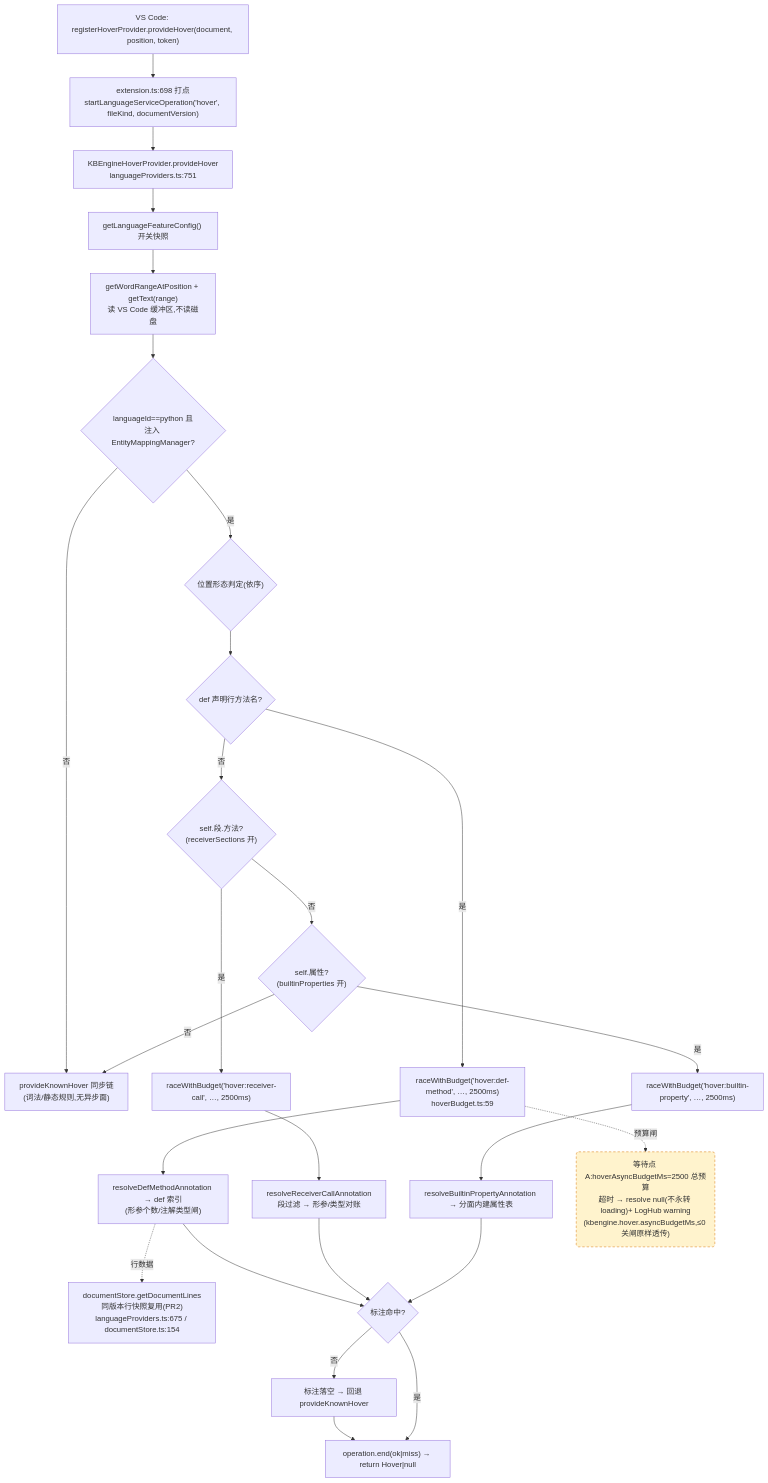
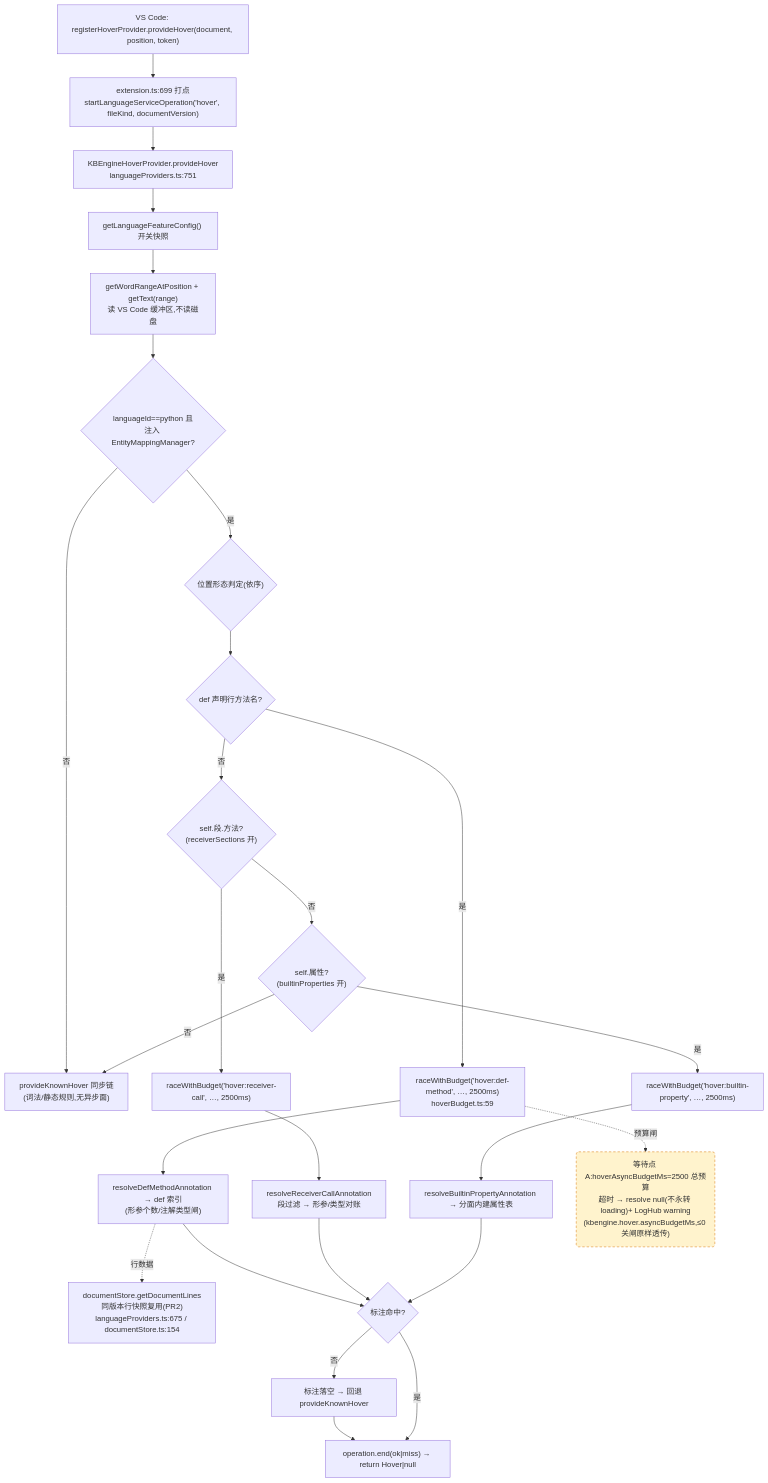
One commit to cuihairu/kode changed the first of 4 diagrams in docs/perf/2026-baseline.md. Above: the diagram before and after it, drawn with Mermaid. The commit also changed other lines of this file and 13 other files, not shown here.

Commit message:
feat: add schema impact preview command

````diff
--- a/docs/perf/2026-baseline.md
+++ b/docs/perf/2026-baseline.md
@@ -82,45 +82,45 @@
 ```mermaid
 flowchart TD
   VC1["VS Code: registerHoverProvider.provideHover(document, position, token)"]
-  M1["extension.ts:698 打点<br/>startLanguageServiceOperation('hover', fileKind, documentVersion)"]
+  M1["extension.ts:699 打点<br/>startLanguageServiceOperation('hover', fileKind, documentVersion)"]
   HP["KBEngineHoverProvider.provideHover<br/>languageProviders.ts:751"]
   CFG["getLanguageFeatureConfig() 开关快照"]
   WORD["getWordRangeAtPosition + getText(range)<br/>读 VS Code 缓冲区,不读磁盘"]
   BR{"languageId==python 且<br/>注入 EntityMappingManager?"}
   KN["provideKnownHover 同步链<br/>(词法/静态规则,无异步面)"]
   POS{"位置形态判定(依序)"}
   D1{"def 声明行方法名?"}
   D2{"self.段.方法?<br/>(receiverSections 开)"}
   D3{"self.属性?<br/>(builtinProperties 开)"}
   RA1["raceWithBudget('hover:def-method', …, 2500ms)<br/>hoverBudget.ts:59"]
   RA2["raceWithBudget('hover:receiver-call', …, 2500ms)"]
   RA3["raceWithBudget('hover:builtin-property', …, 2500ms)"]
   RS1["resolveDefMethodAnnotation → def 索引<br/>(形参个数/注解类型闸)"]
   RS2["resolveReceiverCallAnnotation<br/>段过滤 → 形参/类型对账"]
   RS3["resolveBuiltinPropertyAnnotation → 分面内建属性表"]
   LINES["documentStore.getDocumentLines<br/>同版本行快照复用(PR2)<br/>languageProviders.ts:675 / documentStore.ts:154"]
   MISS["标注落空 → 回退 provideKnownHover"]
   END1["operation.end(ok|miss) → return Hover|null"]
 
   VC1 --> M1 --> HP --> CFG --> WORD --> BR
   BR -- "否" --> KN
   BR -- "是" --> POS --> D1
   D1 -- "是" --> RA1 --> RS1
   D1 -- "否" --> D2
   D2 -- "是" --> RA2 --> RS2
   D2 -- "否" --> D3
   D3 -- "是" --> RA3 --> RS3
   D3 -- "否" --> KN
   RS1 --> HIT{"标注命中?"}
   RS2 --> HIT
   RS3 --> HIT
   RS1 -.->|行数据| LINES
   HIT -- "否" --> MISS --> END1
   HIT -- "是" --> END1
 
   WAITA("等待点 A:hoverAsyncBudgetMs=2500 总预算<br/>超时 → resolve null(不永转 loading)+ LogHub warning<br/>(kbengine.hover.asyncBudgetMs,≤0 关闸原样透传)")
   RA1 -.->|预算闸| WAITA
 
   classDef waitPoint fill:#fff3cd,stroke:#d97706,stroke-dasharray:5 4;
   class WAITA waitPoint;
 ```
````
